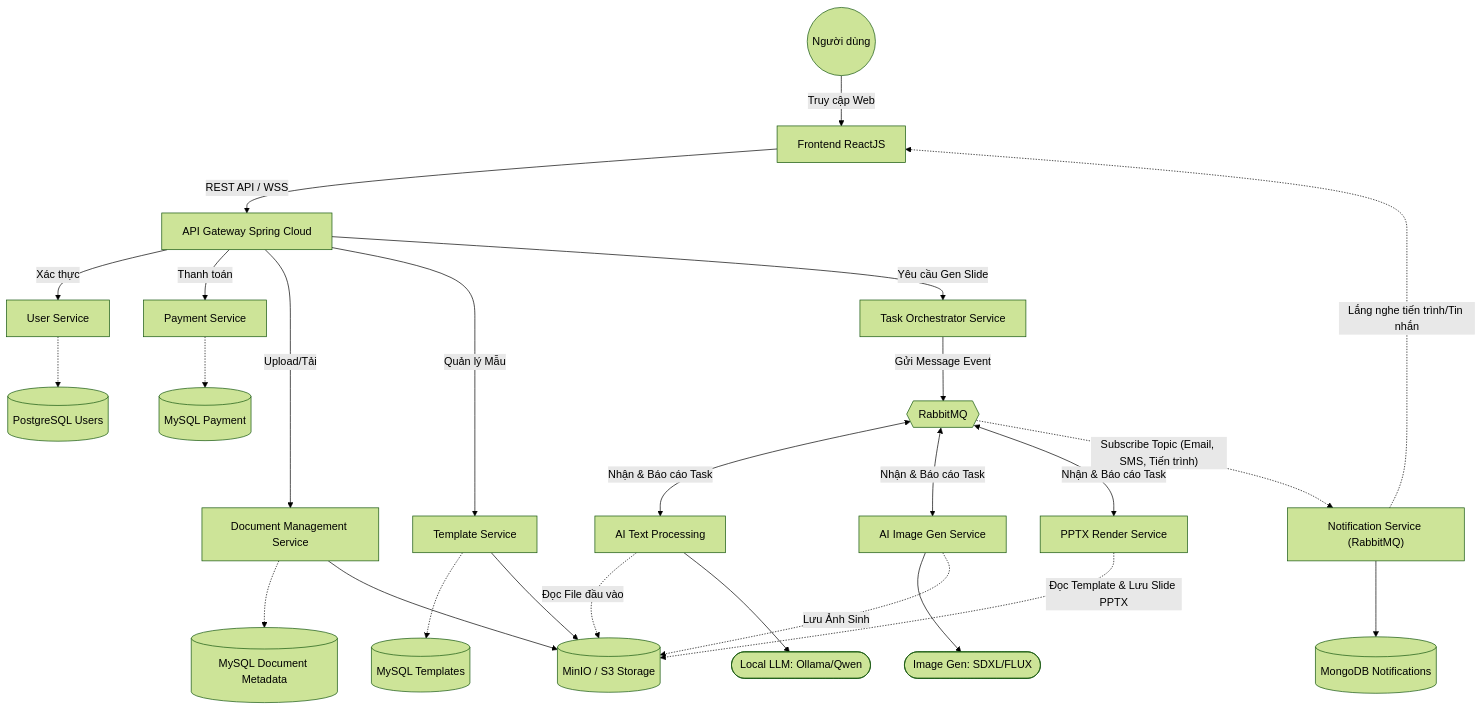
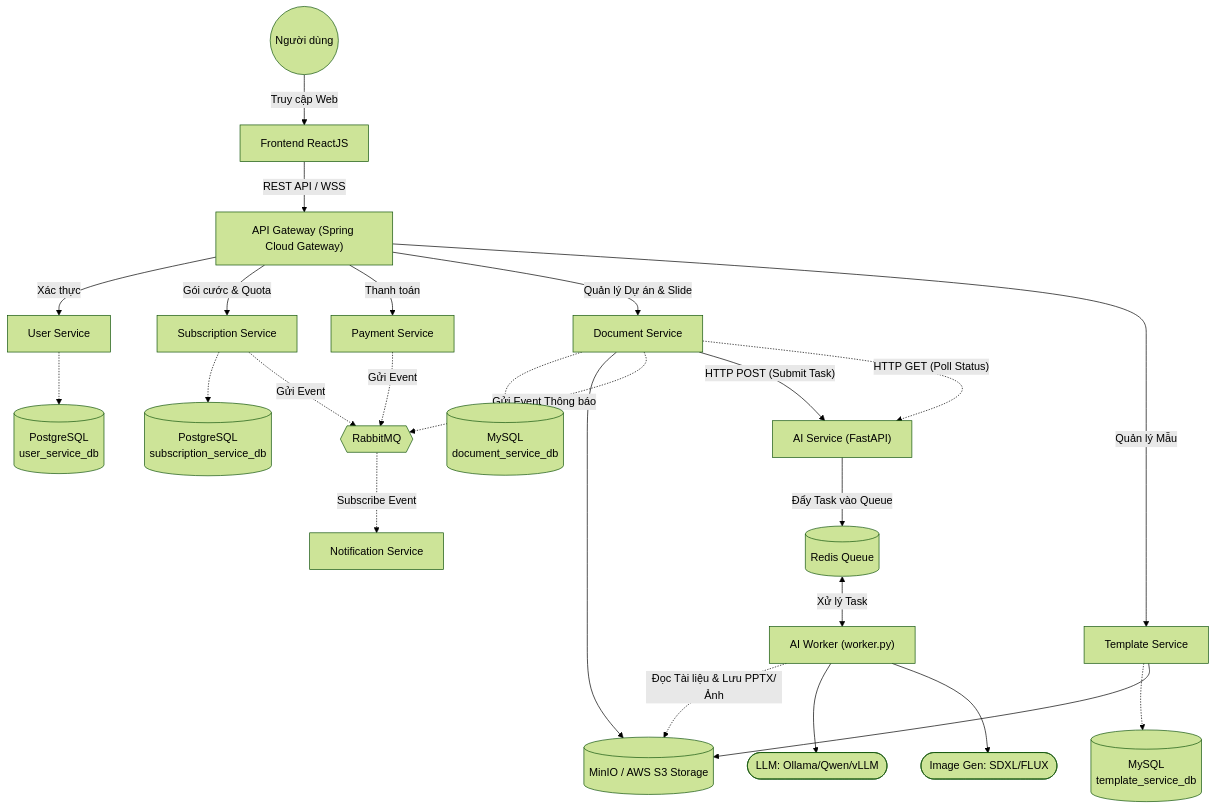
Before and after one commit to ChuNgocThang2704/AI-Slide-Generator: the first of 8 diagrams in README.md, drawn with Mermaid (forest theme). The commit also changed other lines of this file and 74 other files, not shown here.

````diff
--- a/README.md
+++ b/README.md
@@ -14,59 +14,54 @@
 ```mermaid
 graph TD
   %% -------------------
-  %% LAYER 1: FRONTEND
+  %% LAYER 1: CLIENT
   %% -------------------
   User((Người dùng)) -->|"Truy cập Web"| FE["Frontend ReactJS"]
   
   %% -------------------
-  %% LAYER 2: GATEWAY
+  %% LAYER 2: EDGE GATEWAY
   %% -------------------
-  FE -->|"REST API / WSS"| AG["API Gateway Spring Cloud"]
+  FE -->|"REST API / WSS"| AG["API Gateway (Spring Cloud Gateway)"]
   
   %% -------------------
-  %% LAYER 3: CORE BUSINESS SERVICES (Java Spring Boot)
+  %% LAYER 3: CORE SERVICES (Java Spring Boot)
   %% -------------------
   AG -->|"Xác thực"| UA["User Service"]
-  AG -->|"Thanh toán"| SP["Payment Service"]
-  AG -->|"Upload/Tải"| DM["Document Management Service"]
+  AG -->|"Gói cước & Quota"| SUB["Subscription Service"]
+  AG -->|"Thanh toán"| PAY["Payment Service"]
+  AG -->|"Quản lý Dự án & Slide"| DM["Document Service"]
   AG -->|"Quản lý Mẫu"| TM["Template Service"]
-  AG -->|"Yêu cầu Gen Slide"| TO["Task Orchestrator Service"]
   
   %% -------------------
-  %% LAYER 4: DATABASES (Sync Data)
+  %% LAYER 4: DATABASES (Database-per-Service)
   %% -------------------
-  UA -.-> MySqlUser[("PostgreSQL Users")]
-  SP -.-> MySqlPay[("MySQL Payment")]
-  DM -.-> DMDB[("MySQL Document Metadata")]
-  TM -.-> TMDB[("MySQL Templates")]
+  UA -.-> DB_UA[("PostgreSQL<br/>user_service_db")]
+  SUB -.-> DB_SUB[("PostgreSQL<br/>subscription_service_db")]
+  DM -.-> DB_DM[("MySQL<br/>document_service_db")]
+  TM -.-> DB_TM[("MySQL<br/>template_service_db")]
   
   %% -------------------
-  %% LAYER 5: STORAGE & MESSAGE BROKER (Async Data)
+  %% LAYER 5: STORAGE, BROKER & CACHE (Async / Infrastructure)
   %% -------------------
-  DM --> S3[("MinIO / S3 Storage")]
+  DM --> S3[("MinIO / AWS S3 Storage")]
   TM --> S3
   
-  TO -->|"Gửi Message Event"| Broker{{"RabbitMQ"}}
+  DM -.->|"Gửi Event Thông báo"| MQ{{"RabbitMQ"}}
+  SUB -.->|"Gửi Event"| MQ
+  PAY -.->|"Gửi Event"| MQ
+  
+  MQ -.->|"Subscribe Event"| NS["Notification Service"]
   
   %% -------------------
-  %% LAYER 6: ASYNC WORKERS & INFRASTRUCTURE
+  %% LAYER 6: AI SERVICES (Python FastAPI + Redis Queue)
   %% -------------------
-  Broker <-->|"Nhận & Báo cáo Task"| TS["AI Text Processing"]
-  Broker <-->|"Nhận & Báo cáo Task"| IS["AI Image Gen Service"]
-  Broker <-->|"Nhận & Báo cáo Task"| RS["PPTX Render Service"]
-  Broker -.->|"Subscribe Topic (Email, SMS, Tiến trình)"| NS["Notification Service (RabbitMQ)"]
-  NS --> NotiDB[("MongoDB Notifications")]
+  DM -->|"HTTP POST (Submit Task)"| AI_API["AI Service (FastAPI)"]
+  DM -.->|"HTTP GET (Poll Status)"| AI_API
   
-  %% -------------------
-  %% LAYER 7: AI MODELS & DEPENDENCIES
-  %% -------------------
-  TS -.->|"Đọc File đầu vào"| S3
-  TS --> LLM(["Local LLM: Ollama/Qwen"])
+  AI_API -->|"Đẩy Task vào Queue"| RD[("Redis Queue")]
+  RD <-->|"Xử lý Task"| AI_Worker["AI Worker (worker.py)"]
   
-  IS --> Diffusers(["Image Gen: SDXL/FLUX"])
-  IS -.->|"Lưu Ảnh Sinh"| S3
-  
-  RS -.->|"Đọc Template & Lưu Slide PPTX"| S3
-  
-  NS -.->|"Lắng nghe tiến trình/Tin nhắn"| FE
+  AI_Worker -.->|"Đọc Tài liệu & Lưu PPTX/Ảnh"| S3
+  AI_Worker --> LLM(["LLM: Ollama/Qwen/vLLM"])
+  AI_Worker --> Diffusers(["Image Gen: SDXL/FLUX"])
 ```
````
